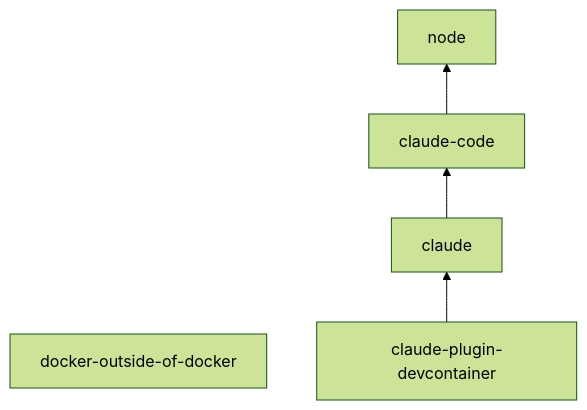
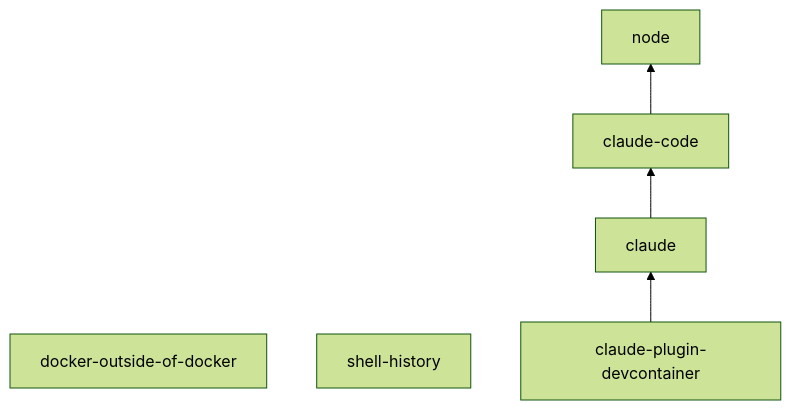
The diagram in README.md (Cleler/devcontainer-features), drawn with Mermaid (forest theme) before and after one commit. The commit also changed other lines of this file and 15 other files, not shown here.

First line of the commit message:
Add the shell-history feature: the history of bash, zsh and fish, one per project

````diff
--- a/README.md
+++ b/README.md
@@ -86,8 +93,9 @@
 ```mermaid
 flowchart BT
     node["node"]
     docker["docker-outside-of-docker"]
+    shell-history["shell-history"]
     claude-code["claude-code"] --> node
     claude["claude"] --> claude-code
     claude-plugin-devcontainer["claude-plugin-devcontainer"] --> claude
 ```
````
